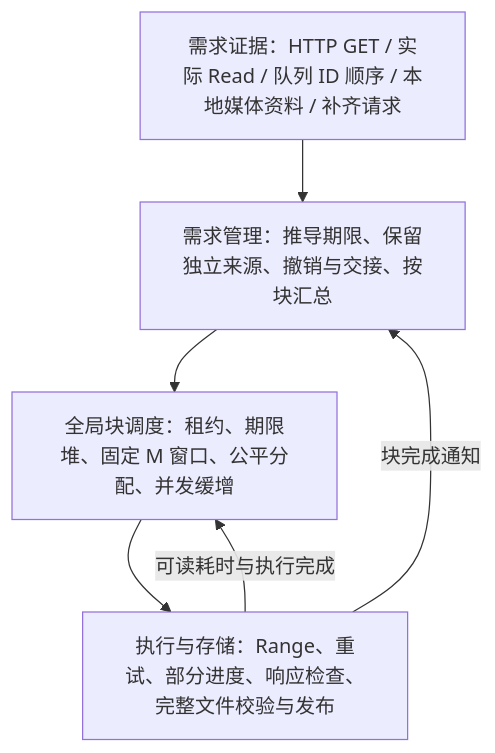
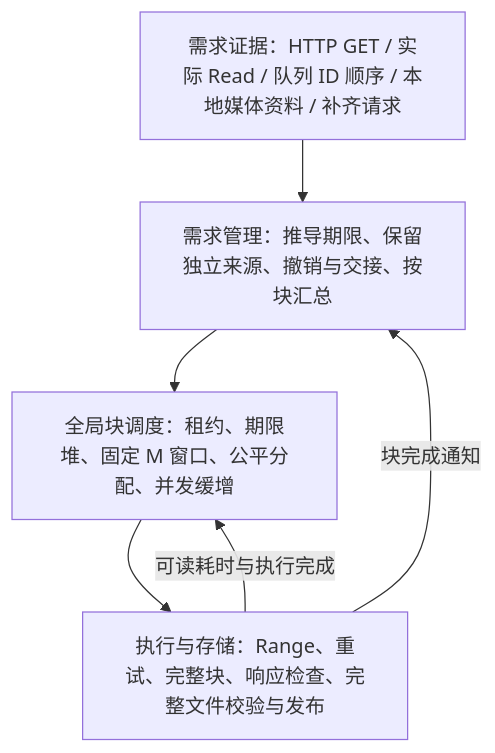
Before and after one commit to SW26010/still-wanna-dance: the diagram in docs/block-scheduler-design.md, drawn with Mermaid. The commit also changed other lines of this file and 39 other files, not shown here.

````diff
--- a/docs/block-scheduler-design.md
+++ b/docs/block-scheduler-design.md
@@ -28,10 +28,10 @@
 ```mermaid
 flowchart TD
     A["需求证据：HTTP GET / 实际 Read / 队列 ID 顺序 / 本地媒体资料 / 补齐请求"]
     B["需求管理：推导期限、保留独立来源、撤销与交接、按块汇总"]
     C["全局块调度：租约、期限堆、固定 M 窗口、公平分配、并发缓增"]
-    D["执行与存储：Range、重试、部分进度、响应检查、完整文件校验与发布"]
+    D["执行与存储：Range、重试、完整块、响应检查、完整文件校验与发布"]
     A --> B --> C --> D
     D -->|"可读耗时与执行完成"| C
     D -->|"块完成通知"| B
 ```
````
